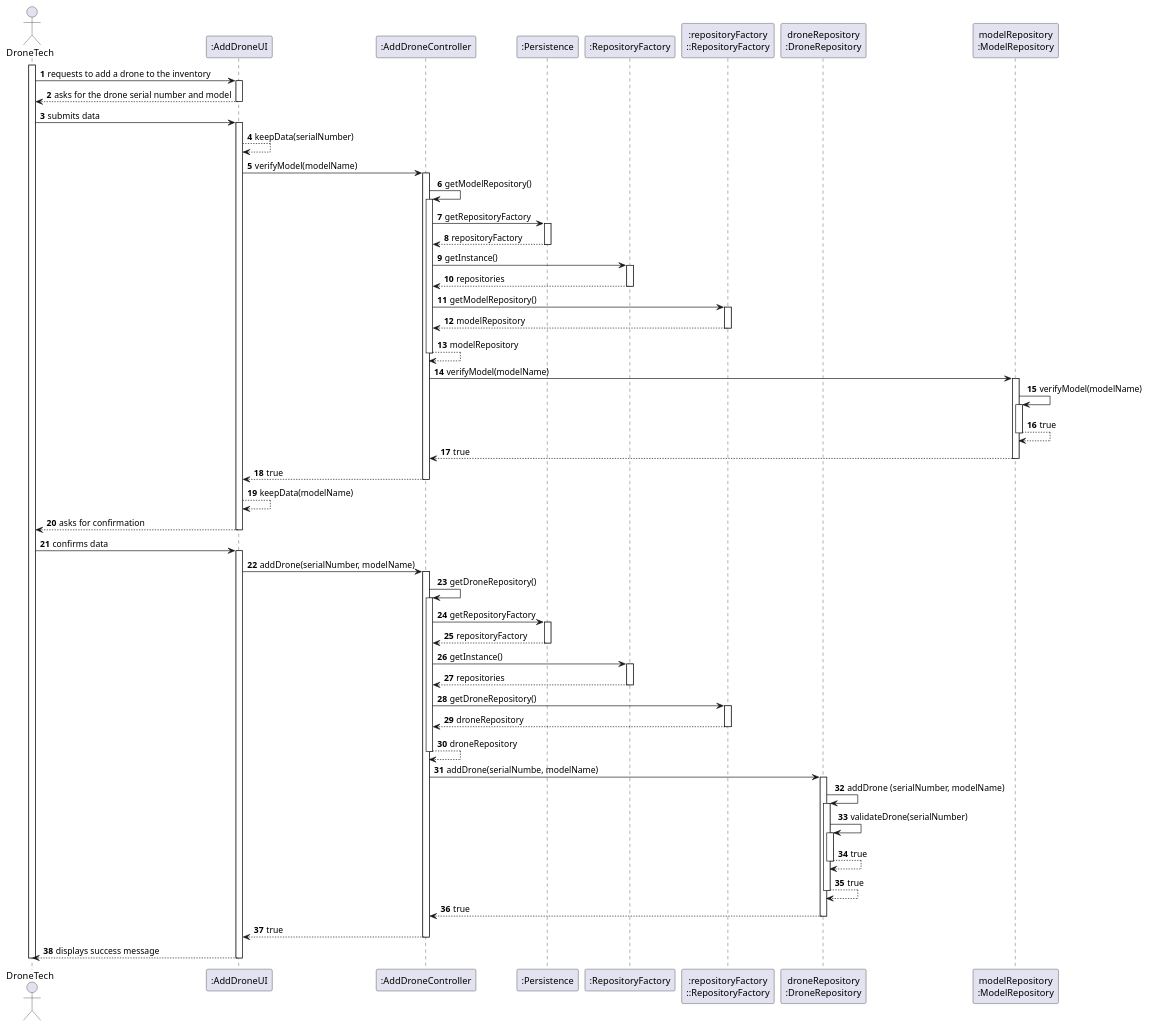
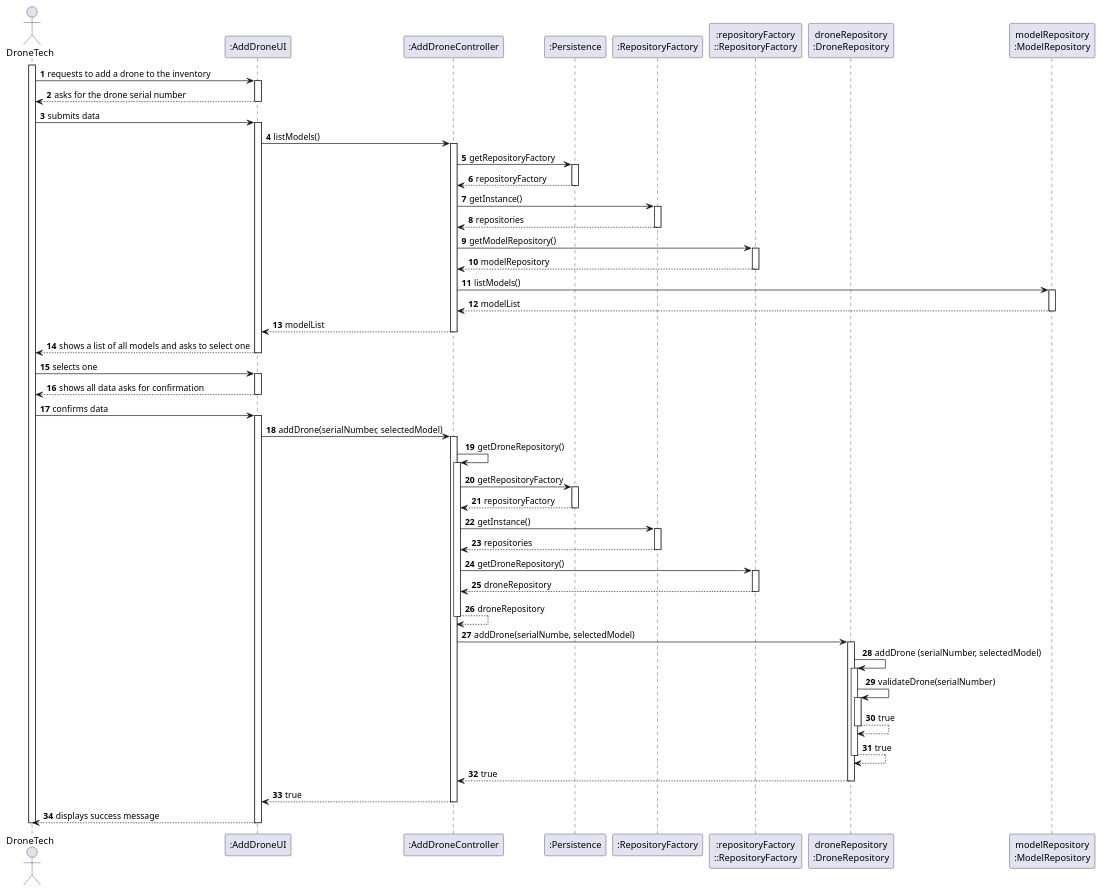
One commit to diogoveirospro/sem4pi-2024-2025-sem4pi_2024_2025_g44 changed the diagram in docs/SPRINT_2/US241/puml/sequence_diagram_us241.puml. Above: the diagram before and after it, drawn with PlantUML. The commit also changed 20 other files, not shown here.

```diff
--- a/docs/SPRINT_2/US241/puml/sequence_diagram_us241.puml
+++ b/docs/SPRINT_2/US241/puml/sequence_diagram_us241.puml
@@ -1,103 +1,100 @@
 @startuml
 'skinparam monochrome true
 skinparam packageStyle rectangle
 skinparam shadowing false
 
 autonumber
 
 actor "DroneTech" as DT
 participant ":AddDroneUI" as UI
 participant ":AddDroneController" as CTRL
 participant ":Persistence" as PERS
 participant ":RepositoryFactory" as REPOS
 participant ":repositoryFactory\n::RepositoryFactory" as REPOS_SINGLETON
 participant "droneRepository\n:DroneRepository" as DRN_REPO
 participant "modelRepository\n:ModelRepository" as MDL_REPO
 
 activate DT
 
 DT -> UI : requests to add a drone to the inventory
 activate UI
-    UI --> DT : asks for the drone serial number and model
+    UI --> DT : asks for the drone serial number
         deactivate UI
     DT -> UI : submits data
     activate UI
-    UI --> UI : keepData(serialNumber)
 
-    UI -> CTRL : verifyModel(modelName)
+    UI -> CTRL : listModels()
     activate CTRL
-    CTRL -> CTRL :getModelRepository()
-            activate CTRL
             CTRL -> PERS : getRepositoryFactory
                                         activate PERS
                                         PERS --> CTRL : repositoryFactory
                                         deactivate PERS
             CTRL -> REPOS : getInstance()
             activate REPOS
                 REPOS --> CTRL : repositories
             deactivate REPOS
 
             CTRL -> REPOS_SINGLETON : getModelRepository()
             activate REPOS_SINGLETON
                 REPOS_SINGLETON --> CTRL : modelRepository
             deactivate REPOS_SINGLETON
-            CTRL -->CTRL : modelRepository
-            deactivate CTRL
-    CTRL -> MDL_REPO : verifyModel(modelName)
+
+    CTRL -> MDL_REPO : listModels()
     activate MDL_REPO
-    MDL_REPO -> MDL_REPO : verifyModel(modelName)
-    activate MDL_REPO
-    MDL_REPO --> MDL_REPO : true
+
+
+
+    MDL_REPO --> CTRL : modelList
     deactivate MDL_REPO
-    MDL_REPO --> CTRL : true
-    deactivate MDL_REPO
-    CTRL --> UI : true
+    CTRL --> UI : modelList
     deactivate CTRL
-    UI --> UI : keepData(modelName)
-
-    UI --> DT : asks for confirmation
+    UI --> DT : shows a list of all models and asks to select one
+        deactivate UI
+        DT -> UI : selects one
+        activate UI
+    UI --> DT : shows all data asks for confirmation
     deactivate UI
     DT -> UI : confirms data
     activate UI
-    UI -> CTRL : addDrone(serialNumber, modelName)
+    UI -> CTRL : addDrone(serialNumber, selectedModel)
     activate CTRL
         CTRL -> CTRL :getDroneRepository()
         activate CTRL
         CTRL -> PERS : getRepositoryFactory
                                                 activate PERS
                                                 PERS --> CTRL : repositoryFactory
                                                 deactivate PERS
         CTRL -> REPOS : getInstance()
         activate REPOS
             REPOS --> CTRL : repositories
         deactivate REPOS
 
         CTRL -> REPOS_SINGLETON : getDroneRepository()
         activate REPOS_SINGLETON
             REPOS_SINGLETON --> CTRL : droneRepository
         deactivate REPOS_SINGLETON
         CTRL -->CTRL : droneRepository
         deactivate CTRL
-            CTRL -> DRN_REPO : addDrone(serialNumbe, modelName)
+            CTRL -> DRN_REPO : addDrone(serialNumbe, selectedModel)
             activate DRN_REPO
 
-        DRN_REPO -> DRN_REPO: addDrone (serialNumber, modelName)
+        DRN_REPO -> DRN_REPO: addDrone (serialNumber, selectedModel)
                 activate DRN_REPO
                     DRN_REPO -> DRN_REPO: validateDrone(serialNumber)
                     activate DRN_REPO
                         DRN_REPO --> DRN_REPO : true
                     deactivate DRN_REPO
 
                     DRN_REPO --> DRN_REPO : true
                 deactivate DRN_REPO
             DRN_REPO --> CTRL : true
         deactivate DRN_REPO
 
         CTRL --> UI : true
     deactivate CTRL
 
 UI --> DT : displays success message
 deactivate UI
 deactivate DT
 
 @enduml
```
